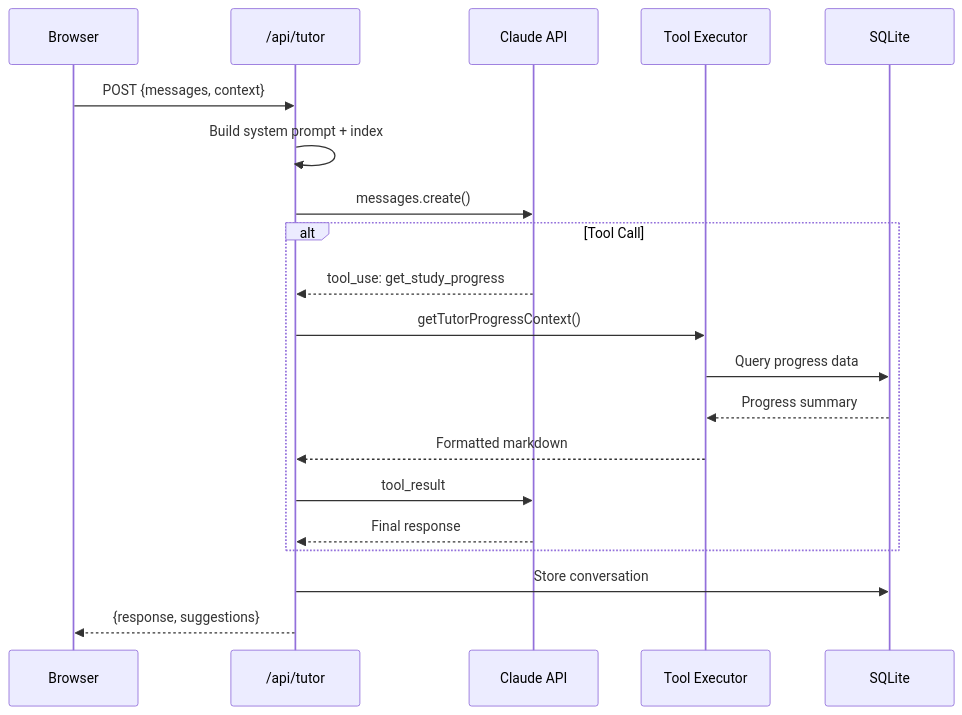
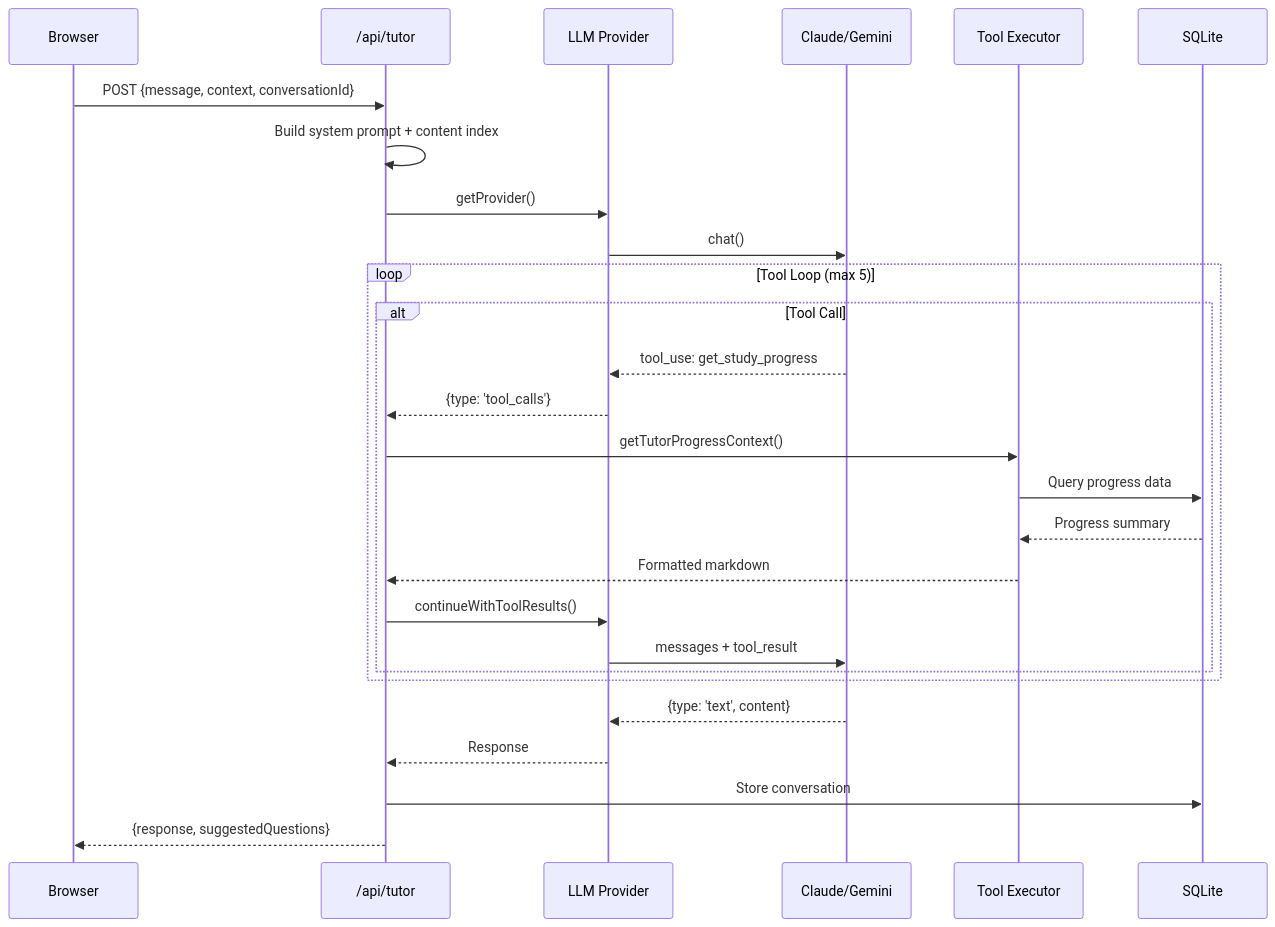
Before and after one commit to atbrace/sa-pro-study-companion: the fifth of 5 diagrams in docs/CODEBASE_MAP.md, drawn with Mermaid. The commit also changed other lines of this file and 4 other files, not shown here.

````diff
--- a/docs/CODEBASE_MAP.md
+++ b/docs/CODEBASE_MAP.md
@@ -329,25 +437,32 @@
 ```mermaid
 sequenceDiagram
     participant Browser
     participant API as /api/tutor
-    participant Claude as Claude API
+    participant Provider as LLM Provider
+    participant LLM as Claude/Gemini
     participant Tools as Tool Executor
     participant DB as SQLite
 
-    Browser->>API: POST {messages, context}
-    API->>API: Build system prompt + index
-    API->>Claude: messages.create()
+    Browser->>API: POST {message, context, conversationId}
+    API->>API: Build system prompt + content index
+    API->>Provider: getProvider()
+    Provider->>LLM: chat()
 
-    alt Tool Call
-        Claude-->>API: tool_use: get_study_progress
-        API->>Tools: getTutorProgressContext()
-        Tools->>DB: Query progress data
-        DB-->>Tools: Progress summary
-        Tools-->>API: Formatted markdown
-        API->>Claude: tool_result
-        Claude-->>API: Final response
+    loop Tool Loop (max 5)
+        alt Tool Call
+            LLM-->>Provider: tool_use: get_study_progress
+            Provider-->>API: {type: 'tool_calls'}
+            API->>Tools: getTutorProgressContext()
+            Tools->>DB: Query progress data
+            DB-->>Tools: Progress summary
+            Tools-->>API: Formatted markdown
+            API->>Provider: continueWithToolResults()
+            Provider->>LLM: messages + tool_result
+        end
     end
 
+    LLM-->>Provider: {type: 'text', content}
+    Provider-->>API: Response
     API->>DB: Store conversation
-    API-->>Browser: {response, suggestions}
+    API-->>Browser: {response, suggestedQuestions}
 ```
````
